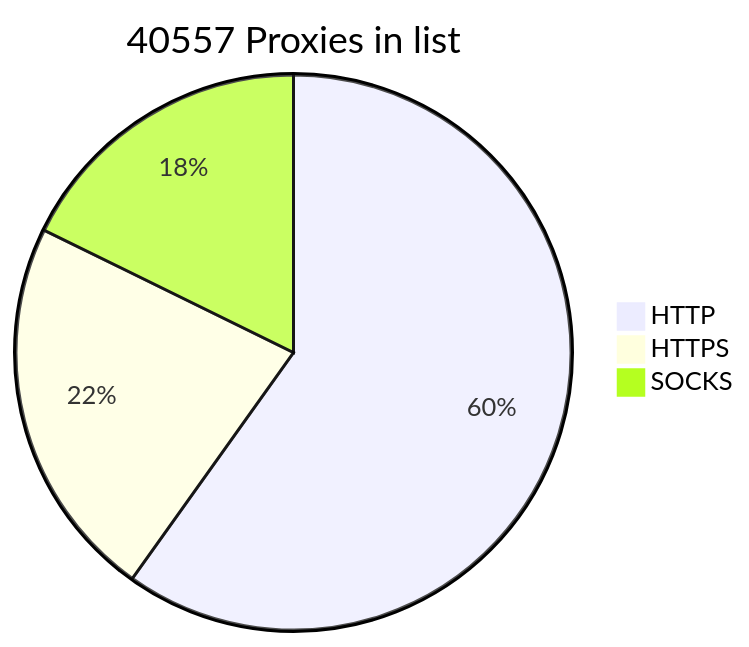
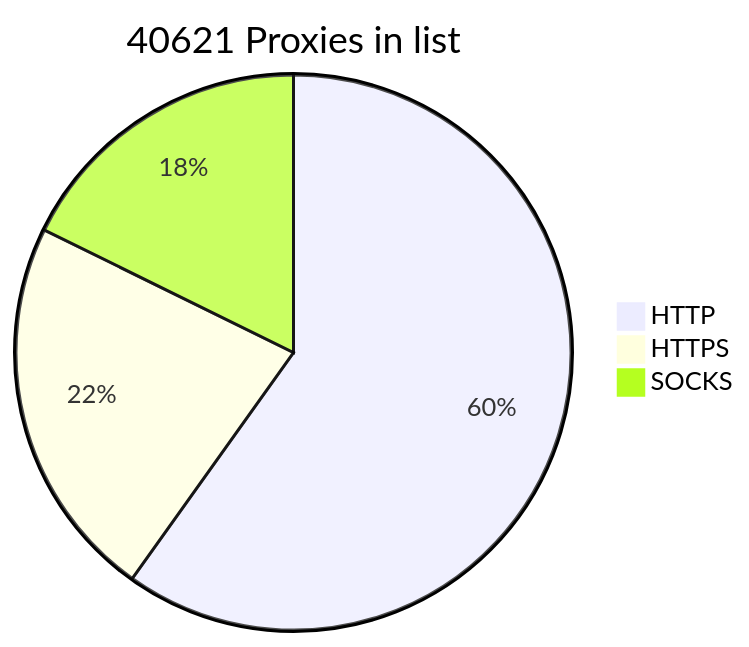
One commit to BlackSnowDot/proxylist-update-every-minute changed the diagram in README.md. Above: the diagram before and after it, drawn with Mermaid.

````diff
--- a/README.md
+++ b/README.md
@@ -2,6 +2,6 @@
 ```mermaid
-pie title 40557 Proxies in list
-    "HTTP" : 28549
-    "HTTPS": 10684
-    "SOCKS" : 8463
+pie title 40621 Proxies in list
+    "HTTP" : 28592
+    "HTTPS": 10705
+    "SOCKS" : 8467
 ```
````
